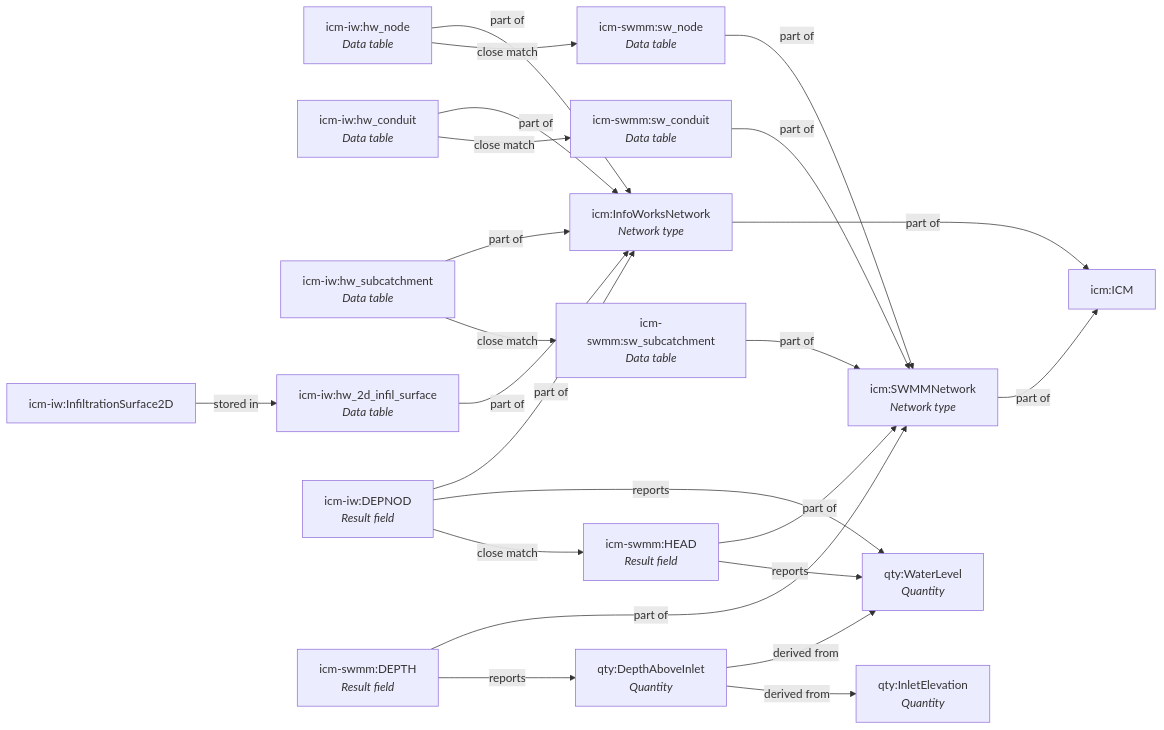
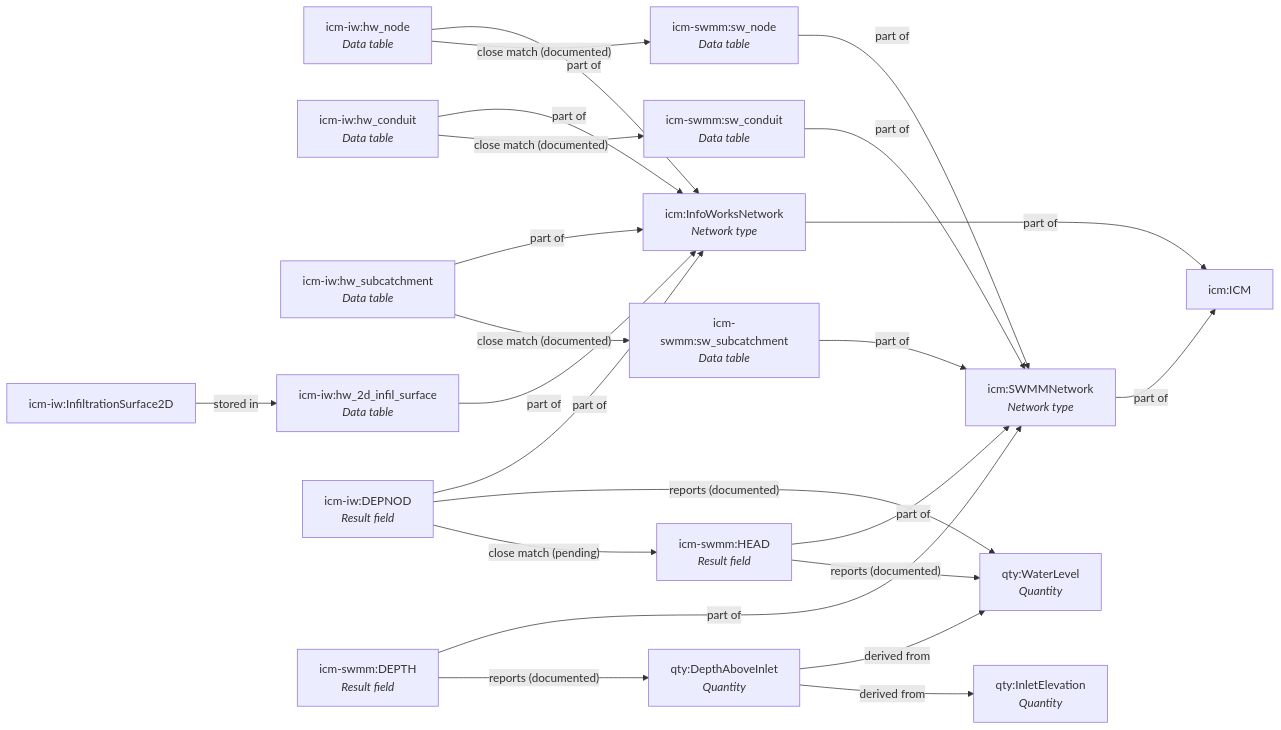
The third of 3 diagrams in ontology/graph.md (dickinsonre/swmm-second-brain), drawn with Mermaid before and after one commit. The commit also changed other lines of this file and 21 other files, not shown here.

````diff
--- a/ontology/graph.md
+++ b/ontology/graph.md
@@ -76,42 +76,42 @@
 ```mermaid
 flowchart LR
   n0["icm:InfoWorksNetwork<br/><i>Network type</i>"]
   n1["icm:ICM"]
   n2["icm:SWMMNetwork<br/><i>Network type</i>"]
   n3["icm-iw:hw_node<br/><i>Data table</i>"]
   n4["icm-iw:hw_conduit<br/><i>Data table</i>"]
   n5["icm-iw:hw_subcatchment<br/><i>Data table</i>"]
   n6["icm-swmm:sw_node<br/><i>Data table</i>"]
   n7["icm-swmm:sw_conduit<br/><i>Data table</i>"]
   n8["icm-swmm:sw_subcatchment<br/><i>Data table</i>"]
   n9["icm-iw:hw_2d_infil_surface<br/><i>Data table</i>"]
   n10["icm-iw:InfiltrationSurface2D"]
   n11["icm-iw:DEPNOD<br/><i>Result field</i>"]
   n12["icm-swmm:HEAD<br/><i>Result field</i>"]
   n13["icm-swmm:DEPTH<br/><i>Result field</i>"]
   n14["qty:WaterLevel<br/><i>Quantity</i>"]
   n15["qty:DepthAboveInlet<br/><i>Quantity</i>"]
   n16["qty:InletElevation<br/><i>Quantity</i>"]
-  n0 -- part of --> n1
-  n2 -- part of --> n1
-  n3 -- part of --> n0
-  n4 -- part of --> n0
-  n5 -- part of --> n0
-  n6 -- part of --> n2
-  n7 -- part of --> n2
-  n8 -- part of --> n2
-  n3 -- close match --> n6
-  n4 -- close match --> n7
-  n5 -- close match --> n8
-  n9 -- part of --> n0
-  n10 -- stored in --> n9
-  n11 -- part of --> n0
-  n12 -- part of --> n2
-  n13 -- part of --> n2
-  n11 -- reports --> n14
-  n12 -- reports --> n14
-  n13 -- reports --> n15
-  n11 -- close match --> n12
-  n15 -- derived from --> n14
-  n15 -- derived from --> n16
+  n0 -->|"part of"| n1
+  n2 -->|"part of"| n1
+  n3 -->|"part of"| n0
+  n4 -->|"part of"| n0
+  n5 -->|"part of"| n0
+  n6 -->|"part of"| n2
+  n7 -->|"part of"| n2
+  n8 -->|"part of"| n2
+  n3 -->|"close match (documented)"| n6
+  n4 -->|"close match (documented)"| n7
+  n5 -->|"close match (documented)"| n8
+  n9 -->|"part of"| n0
+  n10 -->|"stored in"| n9
+  n11 -->|"part of"| n0
+  n12 -->|"part of"| n2
+  n13 -->|"part of"| n2
+  n11 -->|"reports (documented)"| n14
+  n12 -->|"reports (documented)"| n14
+  n13 -->|"reports (documented)"| n15
+  n11 -->|"close match (pending)"| n12
+  n15 -->|"derived from"| n14
+  n15 -->|"derived from"| n16
 ```
````
